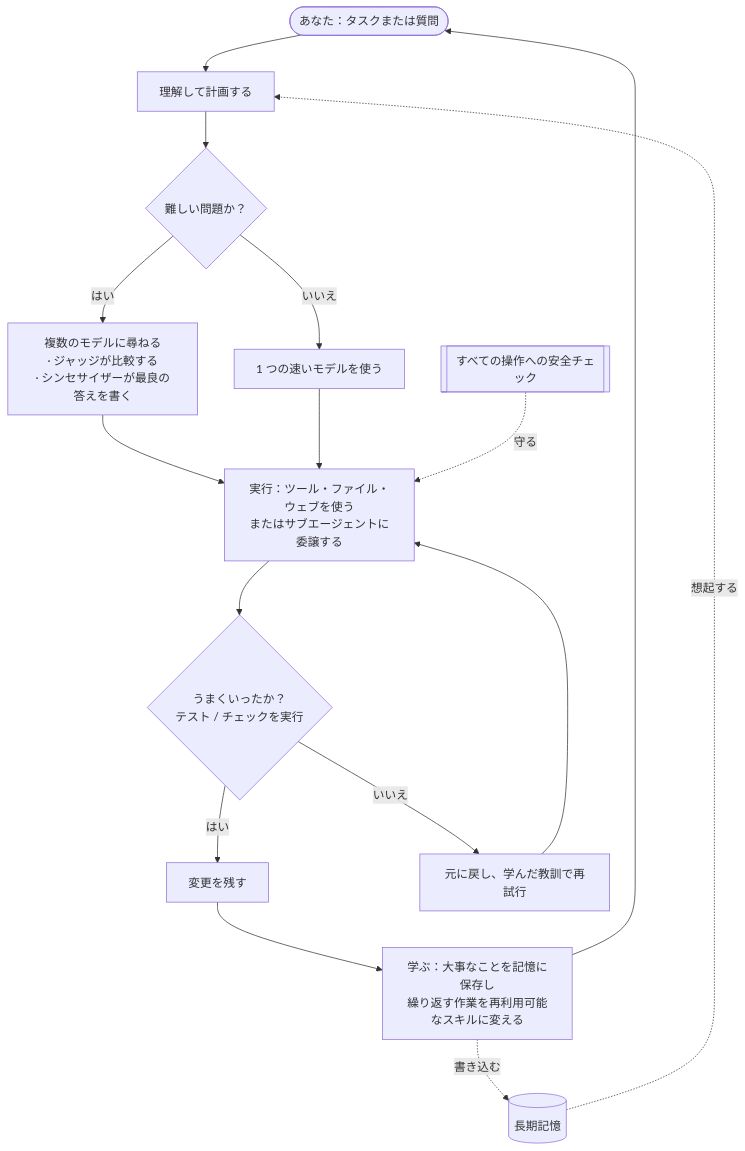
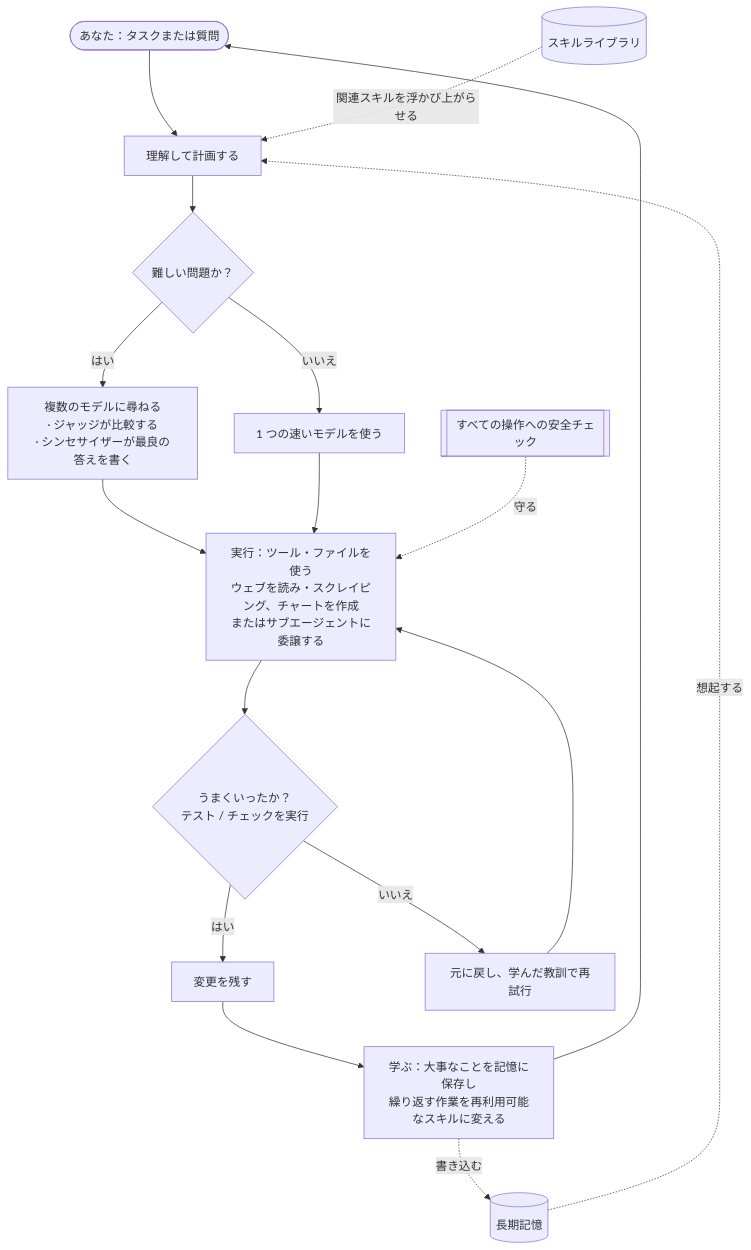
One commit to brcampidelli/chimera-agent changed the diagram in README.ja.md. Above: the diagram before and after it, drawn with Mermaid. The commit also changed other lines of this file and 6 other files, not shown here.

````diff
--- a/README.ja.md
+++ b/README.ja.md
@@ -175,18 +176,19 @@
 ```mermaid
 flowchart TD
     U([あなた：タスクまたは質問]) --> P[理解して計画する]
     P --> Q{難しい問題か？}
     Q -- はい --> FUSION[複数のモデルに尋ねる<br/>· ジャッジが比較する<br/>· シンセサイザーが最良の答えを書く]
     Q -- いいえ --> ONE[1 つの速いモデルを使う]
-    FUSION --> ACT[実行：ツール・ファイル・ウェブを使う<br/>またはサブエージェントに委譲する]
+    FUSION --> ACT[実行：ツール・ファイルを使う<br/>ウェブを読み・スクレイピング、チャートを作成<br/>またはサブエージェントに委譲する]
     ONE --> ACT
     ACT --> V{うまくいったか？<br/>テスト / チェックを実行}
     V -- はい --> KEEP[変更を残す]
     V -- いいえ --> REVERT[元に戻し、学んだ教訓で再試行]
     REVERT --> ACT
     KEEP --> LEARN[学ぶ：大事なことを記憶に保存し<br/>繰り返す作業を再利用可能なスキルに変える]
     LEARN --> U
     MEM[(長期記憶)] -. 想起する .-> P
     LEARN -. 書き込む .-> MEM
+    SKILLS[(スキルライブラリ)] -. 関連スキルを浮かび上がらせる .-> P
     GOV[[すべての操作への安全チェック]] -. 守る .-> ACT
 ```
````
